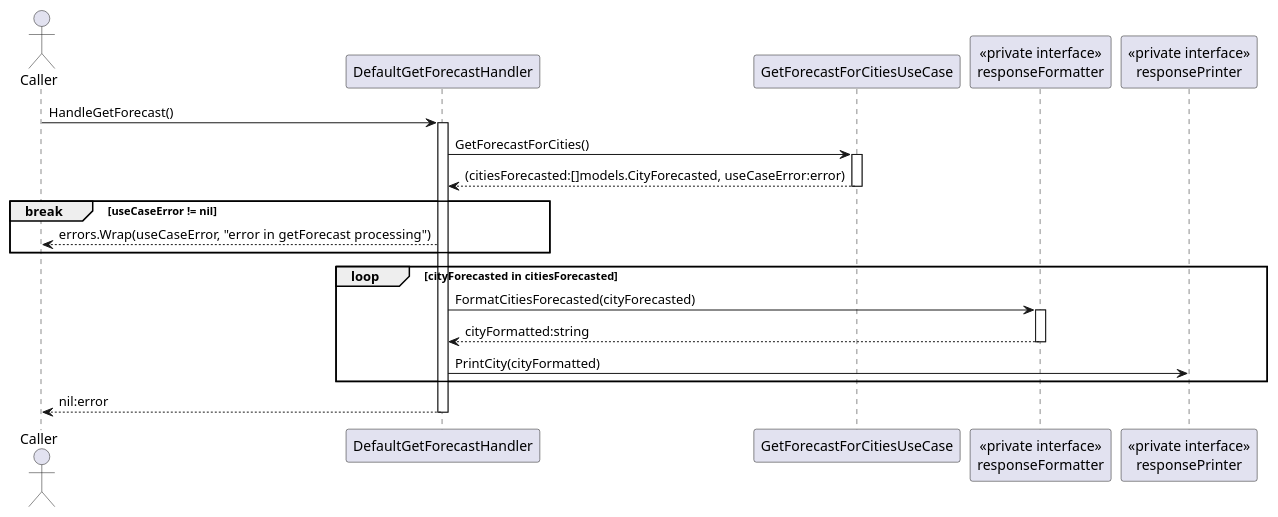
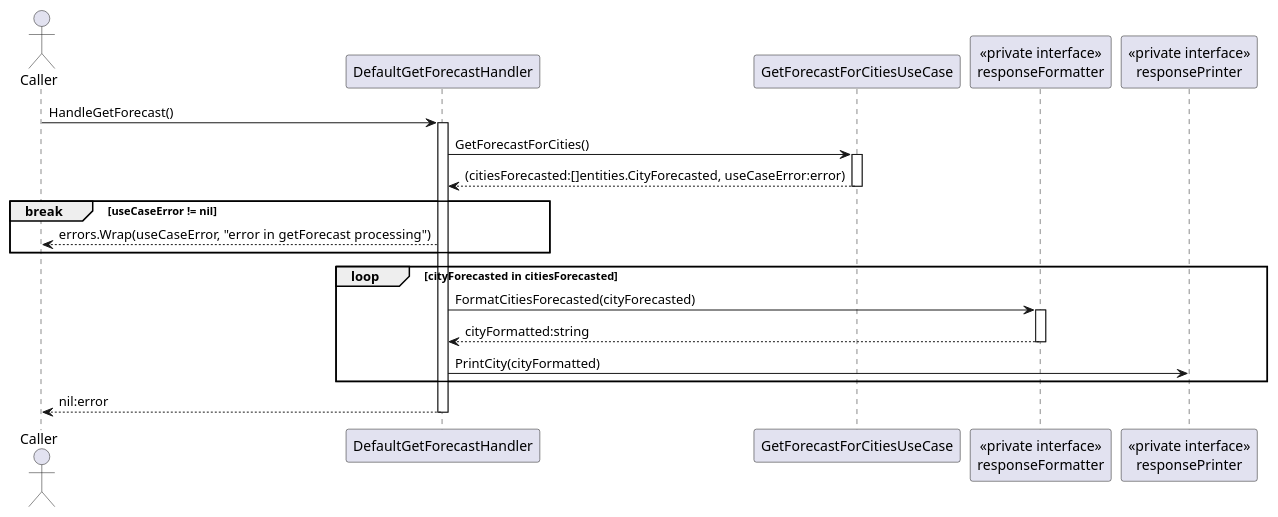
Before and after one commit to micoyeye22/TUITechHomework: the diagram in docs/usecases/getforecastforcities/handler/default_get_forecast_handler_seq.puml, drawn with PlantUML. The commit also changed 15 other files, not shown here.

```diff
--- a/docs/usecases/getforecastforcities/handler/default_get_forecast_handler_seq.puml
+++ b/docs/usecases/getforecastforcities/handler/default_get_forecast_handler_seq.puml
@@ -1,28 +1,28 @@
 @startuml
 
 actor Caller as C
 participant DefaultGetForecastHandler as H
 participant GetForecastForCitiesUseCase as UC
 participant "<<private interface>>\nresponseFormatter" as RF
 participant "<<private interface>>\nresponsePrinter" as RP
 
 C -> H : HandleGetForecast()
 activate H
     H -> UC : GetForecastForCities()
     activate UC
-        H <-- UC : (citiesForecasted:[]models.CityForecasted, useCaseError:error)
+        H <-- UC : (citiesForecasted:[]entities.CityForecasted, useCaseError:error)
     deactivate
     break useCaseError != nil
         H --> C : errors.Wrap(useCaseError, "error in getForecast processing")
     end
     loop cityForecasted in citiesForecasted
         H -> RF : FormatCitiesForecasted(cityForecasted)
         activate RF
             H <-- RF : cityFormatted:string
         deactivate
         H -> RP : PrintCity(cityFormatted)
     end
     H --> C : nil:error
 deactivate
 
 @enduml
```
